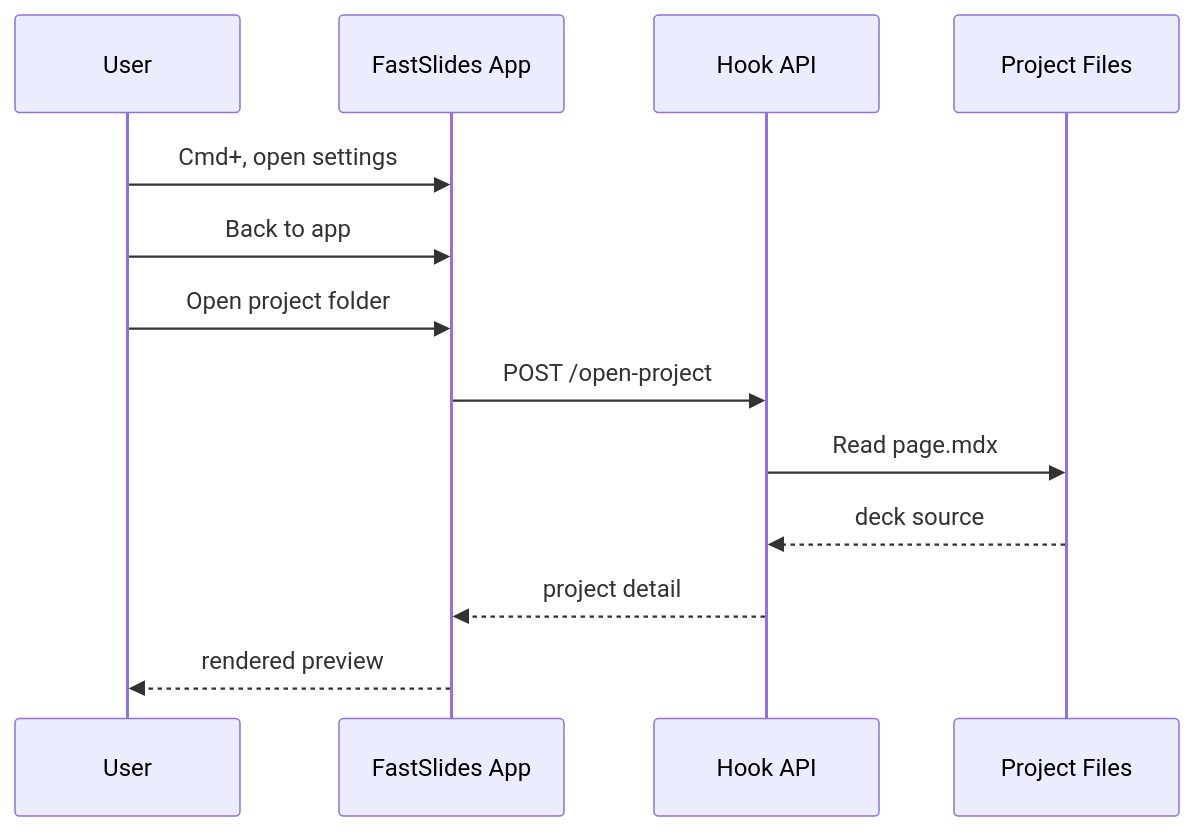
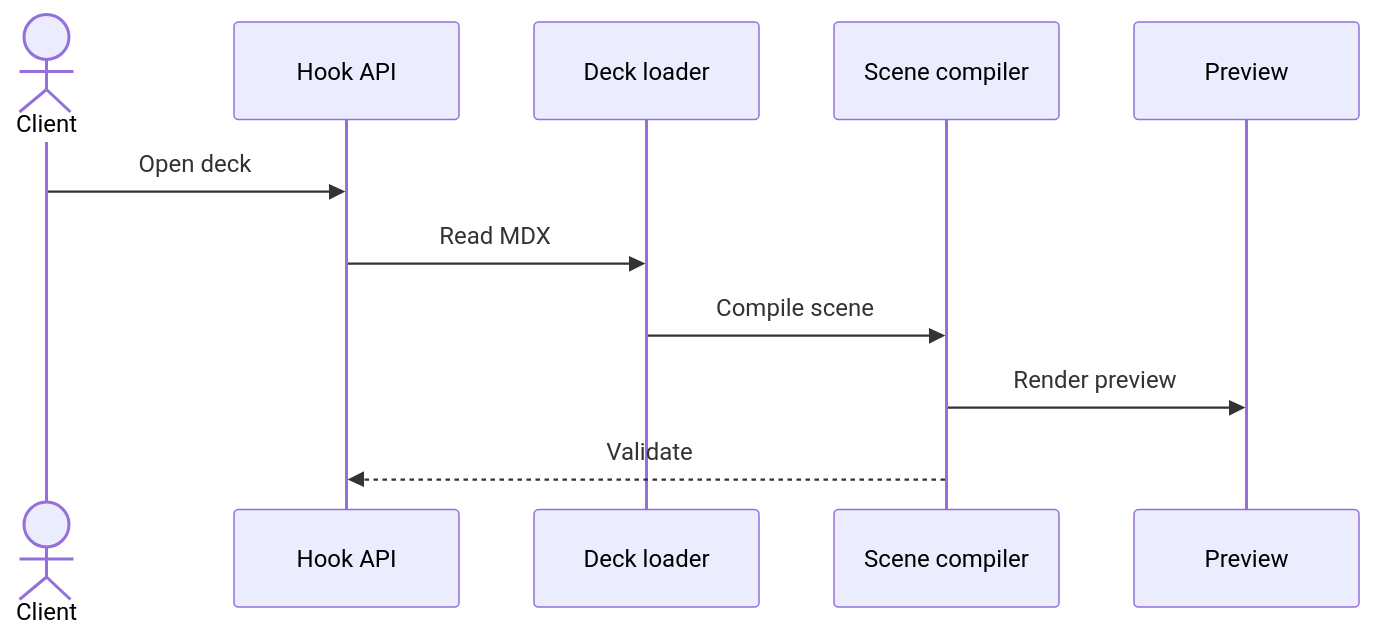
The first of 2 diagrams in projects/code-mermaid-lab/page.mdx (kristianernst/fast-slides), drawn with Mermaid before and after one commit. The commit also changed other lines of this file and 24 other files, not shown here.

````diff
--- a/projects/code-mermaid-lab/page.mdx
+++ b/projects/code-mermaid-lab/page.mdx
@@ -76,16 +94,14 @@
 ```mermaid
 sequenceDiagram
-  participant U as User
-  participant A as FastSlides App
-  participant H as Hook API
-  participant P as Project Files
+  actor Client
+  participant Hook as Hook API
+  participant Loader as Deck loader
+  participant Engine as Scene compiler
+  participant Preview
 
-  U->>A: Cmd+, open settings
-  U->>A: Back to app
-  U->>A: Open project folder
-  A->>H: POST /open-project
-  H->>P: Read page.mdx
-  P-->>H: deck source
-  H-->>A: project detail
-  A-->>U: rendered preview
+  Client->>Hook: Open deck
+  Hook->>Loader: Read MDX
+  Loader->>Engine: Compile scene
+  Engine->>Preview: Render preview
+  Engine-->>Hook: Validate
 ```
````
